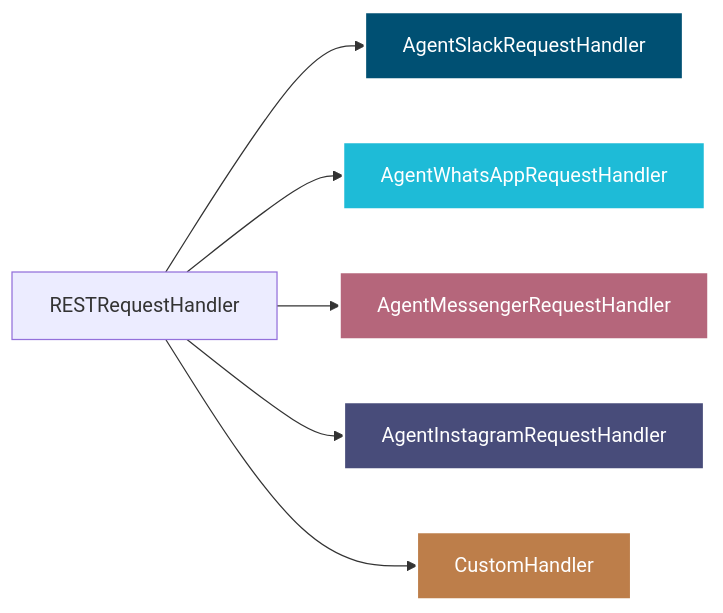
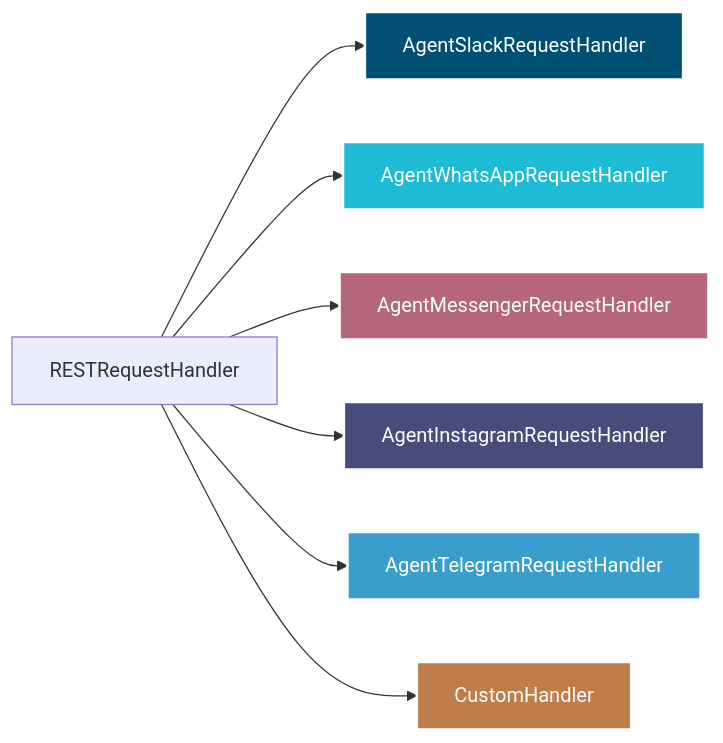
Before and after one commit to yaalalabs/agent-kernel: the second of 2 diagrams in docs/docs/integrations/overview.md, drawn with Mermaid. The commit also changed other lines of this file and 2 other files, not shown here.

Commit message:
Add insta and telegram to documentation

````diff
--- a/docs/docs/integrations/overview.md
+++ b/docs/docs/integrations/overview.md
@@ -45,16 +48,17 @@
 ```mermaid
 ---
 config:
   layout: dagre
   elk: true
 ---
 flowchart LR
     
-    D["RESTRequestHandler"] --> I["AgentSlackRequestHandler"] & J["AgentWhatsAppRequestHandler"] & K["AgentMessengerRequestHandler"] & M["AgentInstagramRequestHandler"] & N["CustomHandler"]
+    D["RESTRequestHandler"] --> I["AgentSlackRequestHandler"] & J["AgentWhatsAppRequestHandler"] & K["AgentMessengerRequestHandler"] & M["AgentInstagramRequestHandler"] & O["AgentTelegramRequestHandler"] & N["CustomHandler"]
 
     style I fill:#005073,stroke:#fff,stroke-width:2px,color:#fff
     style J fill:#1ebbd7,stroke:#fff,stroke-width:2px,color:#fff
     style K fill:#b5667b,stroke:#fff,stroke-width:2px,color:#fff
     style M fill:#484c7a,stroke:#fff,stroke-width:2px,color:#fff
+    style O fill:#3a9ecc,stroke:#fff,stroke-width:2px,color:#fff
     style N fill:#bd7e4a,stroke:#fff,stroke-width:2px,color:#fff
 ```
````
